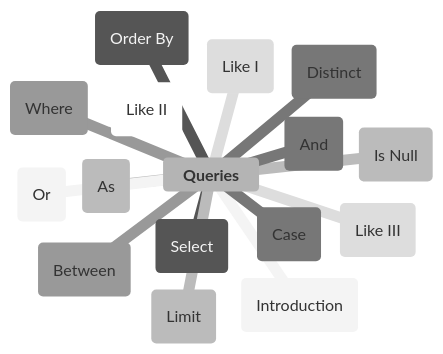
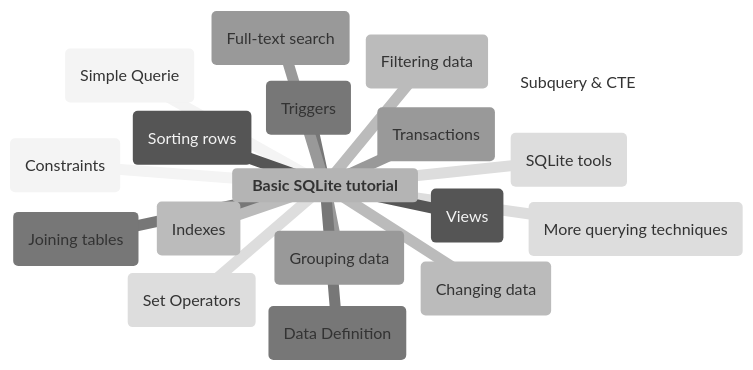
Before and after one commit to MarvinSilcGit/Learning: the diagram in SQLite/README.md, drawn with Mermaid (neutral theme). The commit also changed other lines of this file, not shown here.

````diff
--- a/SQLite/README.md
+++ b/SQLite/README.md
@@ -41,19 +5,21 @@
 ```mermaid
 mindmap
-	**Queries**
-		(Introduction)
-		(Select)
-		(As)
-		(Distinct)
-		(Where)
-		(Like I)
-		(Like II)
-		(Like III)
-		(Is Null)
-		(Between)
-		(And)
-		(Or)
-		(Order By)
-		(Limit)
-		(Case)
+	**Basic SQLite tutorial**
+		(Simple Querie)
+		(Sorting rows)
+		(Filtering data)
+		(Joining tables)
+		(Grouping data)
+		(Set Operators)
+		(Subquery & CTE)
+		(More querying techniques)
+		(Changing data)
+		(Transactions)
+		(Data Definition)
+		(Constraints)
+		(Views)
+		(Indexes)
+		(Triggers)
+		(Full-text search)
+		(SQLite tools)
 ```
````
